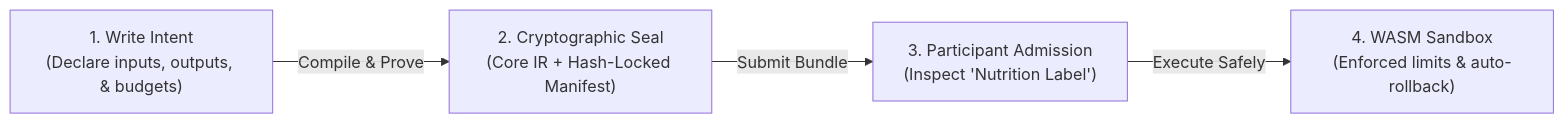
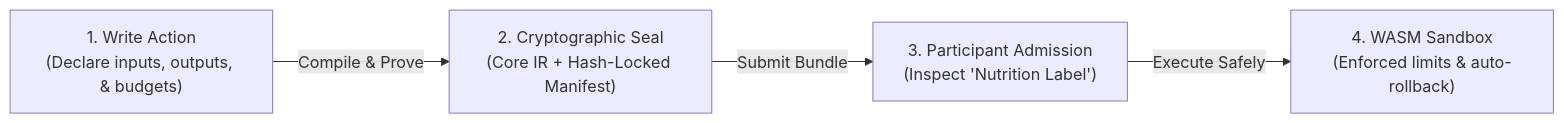
The first of 4 diagrams in README.md (flyingrobots/edict), drawn with Mermaid before and after one commit. The commit also changed other lines of this file and 107 other files, not shown here.

First line of the commit message:
Refactor: Rename Intent to Action workspace-wide

````diff
--- a/README.md
+++ b/README.md
@@ -9,6 +9,6 @@
 ```mermaid
 flowchart LR
-    A["1. Write Intent\n(Declare inputs, outputs, & budgets)"] -->|Compile & Prove| B["2. Cryptographic Seal\n(Core IR + Hash-Locked Manifest)"]
+    A["1. Write Action\n(Declare inputs, outputs, & budgets)"] -->|Compile & Prove| B["2. Cryptographic Seal\n(Core IR + Hash-Locked Manifest)"]
     B -->|Submit Bundle| C["3. Participant Admission\n(Inspect 'Nutrition Label')"]
     C -->|Execute Safely| D["4. WASM Sandbox\n(Enforced limits & auto-rollback)"]
 ```
````
